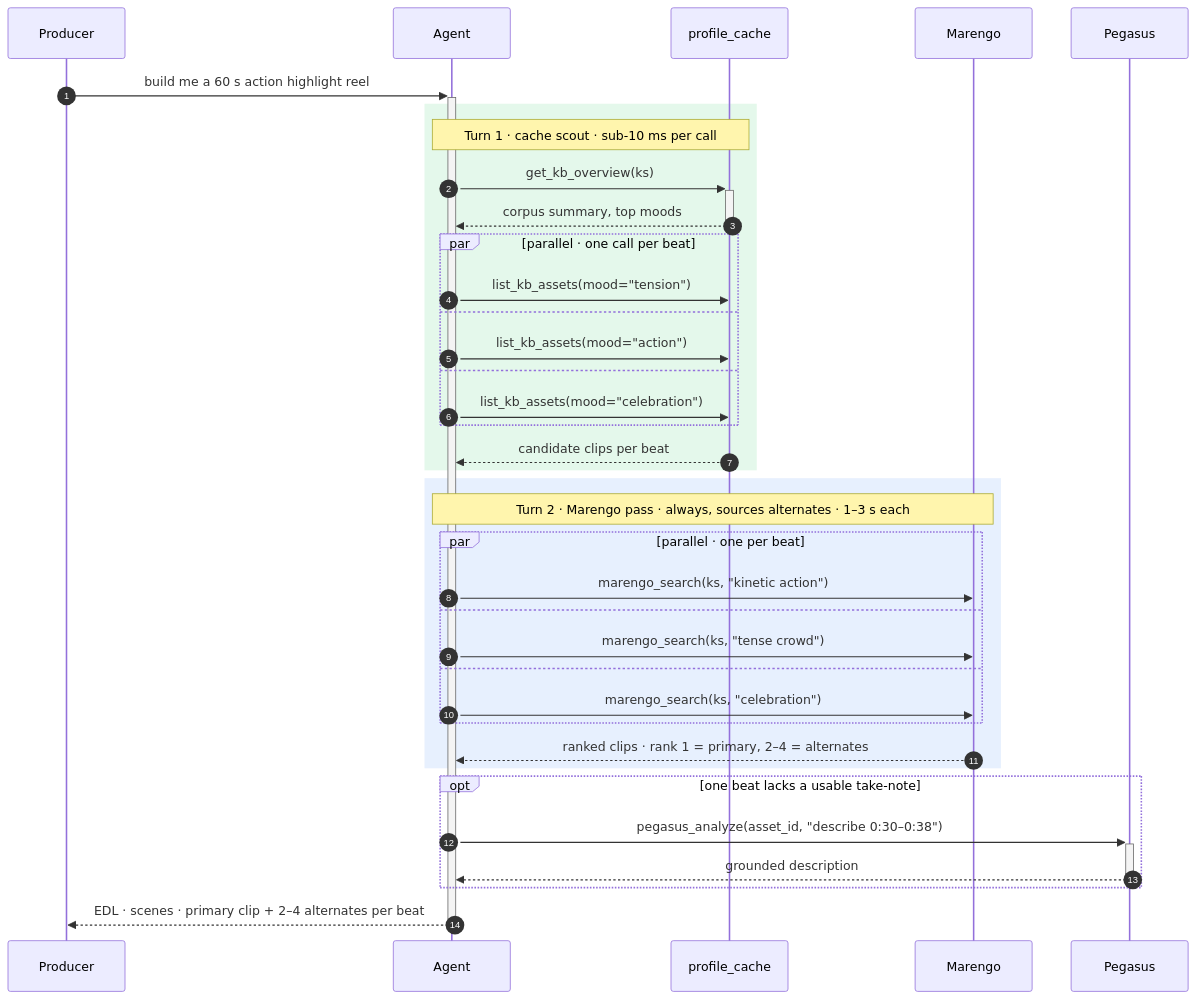
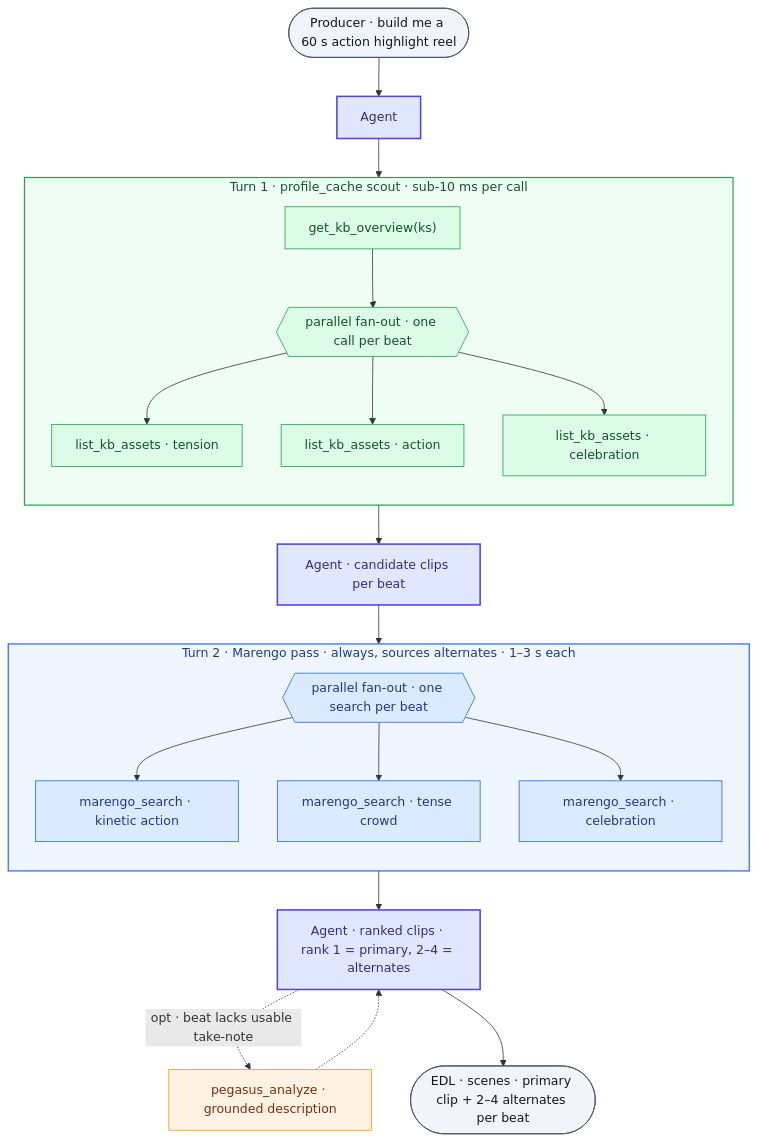
The second of 3 diagrams in docs/whitepaper.md (twelvelabs-io/tl-agentcore), drawn with Mermaid before and after one commit.

````diff
--- a/docs/whitepaper.md
+++ b/docs/whitepaper.md
@@ -100,44 +100,46 @@
 ```mermaid
-sequenceDiagram
-    autonumber
-    participant U as Producer
-    participant A as Agent
-    participant C as profile_cache
-    participant M as Marengo
-    participant P as Pegasus
+flowchart TD
+    U(["Producer · build me a 60 s action highlight reel"]) --> A1[Agent]
 
-    U->>+A: build me a 60 s action highlight reel
+    A1 --> T1
 
-    rect rgba(34, 197, 94, 0.12)
-        Note over A,C: Turn 1 · cache scout · sub-10 ms per call
-        A->>+C: get_kb_overview(ks)
-        C-->>-A: corpus summary, top moods
-        par parallel · one call per beat
-            A->>C: list_kb_assets(mood="tension")
-        and
-            A->>C: list_kb_assets(mood="action")
-        and
-            A->>C: list_kb_assets(mood="celebration")
-        end
-        C-->>A: candidate clips per beat
+    subgraph T1["Turn 1 · profile_cache scout · sub-10 ms per call"]
+      direction TB
+      C0["get_kb_overview&lpar;ks&rpar;"]
+      C0 --> CFan{{"parallel fan-out · one call per beat"}}
+      CFan --> C1["list_kb_assets · tension"]
+      CFan --> C2["list_kb_assets · action"]
+      CFan --> C3["list_kb_assets · celebration"]
     end
 
-    rect rgba(59, 130, 246, 0.12)
-        Note over A,M: Turn 2 · Marengo pass · always, sources alternates · 1–3 s each
-        par parallel · one per beat
-            A->>M: marengo_search(ks, "kinetic action")
-        and
-            A->>M: marengo_search(ks, "tense crowd")
-        and
-            A->>M: marengo_search(ks, "celebration")
-        end
-        M-->>A: ranked clips · rank 1 = primary, 2–4 = alternates
+    T1 --> A2[Agent · candidate clips per beat]
+    A2 --> T2
+
+    subgraph T2["Turn 2 · Marengo pass · always, sources alternates · 1–3 s each"]
+      direction TB
+      MFan{{"parallel fan-out · one search per beat"}}
+      MFan --> M1["marengo_search · kinetic action"]
+      MFan --> M2["marengo_search · tense crowd"]
+      MFan --> M3["marengo_search · celebration"]
     end
 
-    opt one beat lacks a usable take-note
-        A->>+P: pegasus_analyze(asset_id, "describe 0:30–0:38")
-        P-->>-A: grounded description
-    end
+    T2 --> A3[Agent · ranked clips · rank 1 = primary, 2–4 = alternates]
+    A3 -.->|"opt · beat lacks usable take-note"| P["pegasus_analyze · grounded description"]
+    P -.-> A3
+    A3 --> O(["EDL · scenes · primary clip + 2–4 alternates per beat"])
 
-    A-->>-U: EDL · scenes · primary clip + 2–4 alternates per beat
+    classDef phase1 fill:#dcfce7,stroke:#16a34a,color:#14532d
+    classDef phase2 fill:#dbeafe,stroke:#2563eb,color:#1e3a8a
+    classDef agent  fill:#e0e7ff,stroke:#4f46e5,stroke-width:2px,color:#312e81
+    classDef pegasus fill:#fef3e2,stroke:#f59e0b,color:#7c2d12
+    classDef io     fill:#f1f5f9,stroke:#475569,color:#0f172a
+
+    class C0,C1,C2,C3,CFan phase1
+    class M1,M2,M3,MFan phase2
+    class A1,A2,A3 agent
+    class P pegasus
+    class U,O io
+
+    style T1 fill:#f0fdf4,stroke:#16a34a,stroke-width:1.5px,color:#14532d
+    style T2 fill:#eff6ff,stroke:#2563eb,stroke-width:1.5px,color:#1e3a8a
 ```
````
